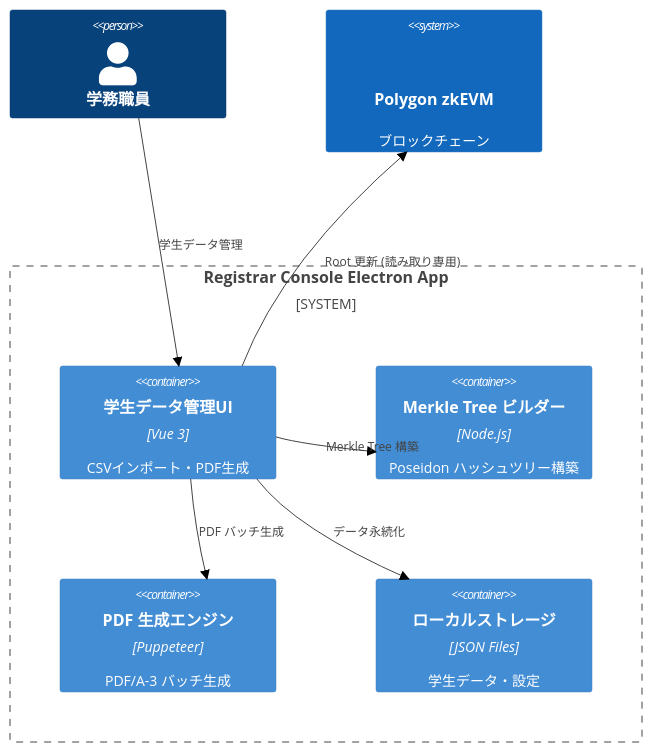
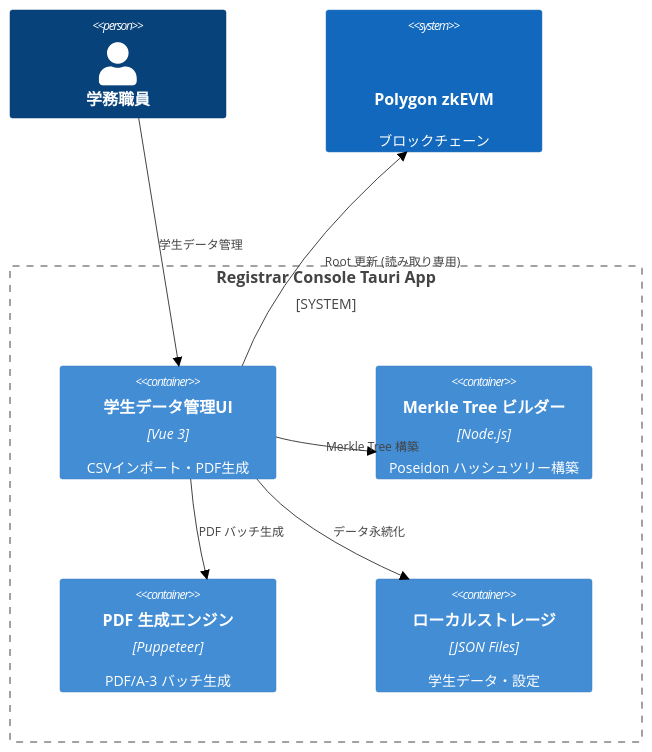
Before and after one commit to Blank-Vulture/Tri-CertFramework: the first of 2 diagrams in documents/RegistrarConsole/FSD_Registrar.md, drawn with Mermaid (forest theme). The commit also changed other lines of this file and 14 other files, not shown here.

````diff
--- a/documents/RegistrarConsole/FSD_Registrar.md
+++ b/documents/RegistrarConsole/FSD_Registrar.md
@@ -5,17 +5,17 @@
 ```mermaid
 C4Context
 Person(Staff, "学務職員")
-System_Boundary(RC, "Registrar Console Electron App") {
+System_Boundary(RC, "Registrar Console Tauri App") {
   Container(UI, "学生データ管理UI", "Vue 3", "CSVインポート・PDF生成")
   Container(Merkle, "Merkle Tree ビルダー", "Node.js", "Poseidon ハッシュツリー構築")
   Container(PDF, "PDF 生成エンジン", "Puppeteer", "PDF/A-3 バッチ生成")
   Container(Storage, "ローカルストレージ", "JSON Files", "学生データ・設定")
 }
 System(Chain, "Polygon zkEVM", "ブロックチェーン", "Merkle Root 更新")
 
 Rel(Staff, UI, "学生データ管理")
 Rel(UI, Merkle, "Merkle Tree 構築")
 Rel(UI, PDF, "PDF バッチ生成")
 Rel(UI, Storage, "データ永続化")
 Rel(UI, Chain, "Root 更新 (読み取り専用)")
 ```
````
